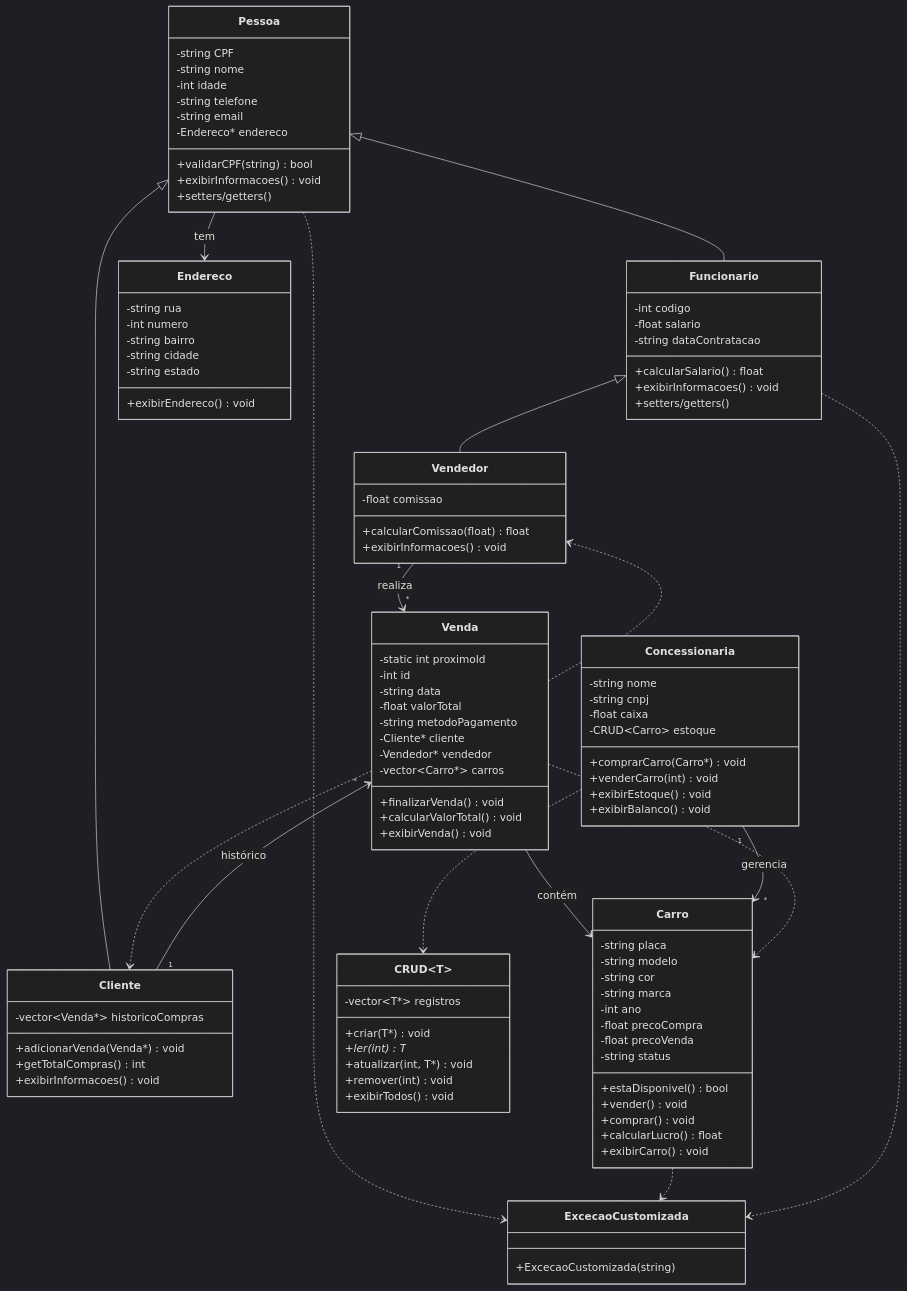
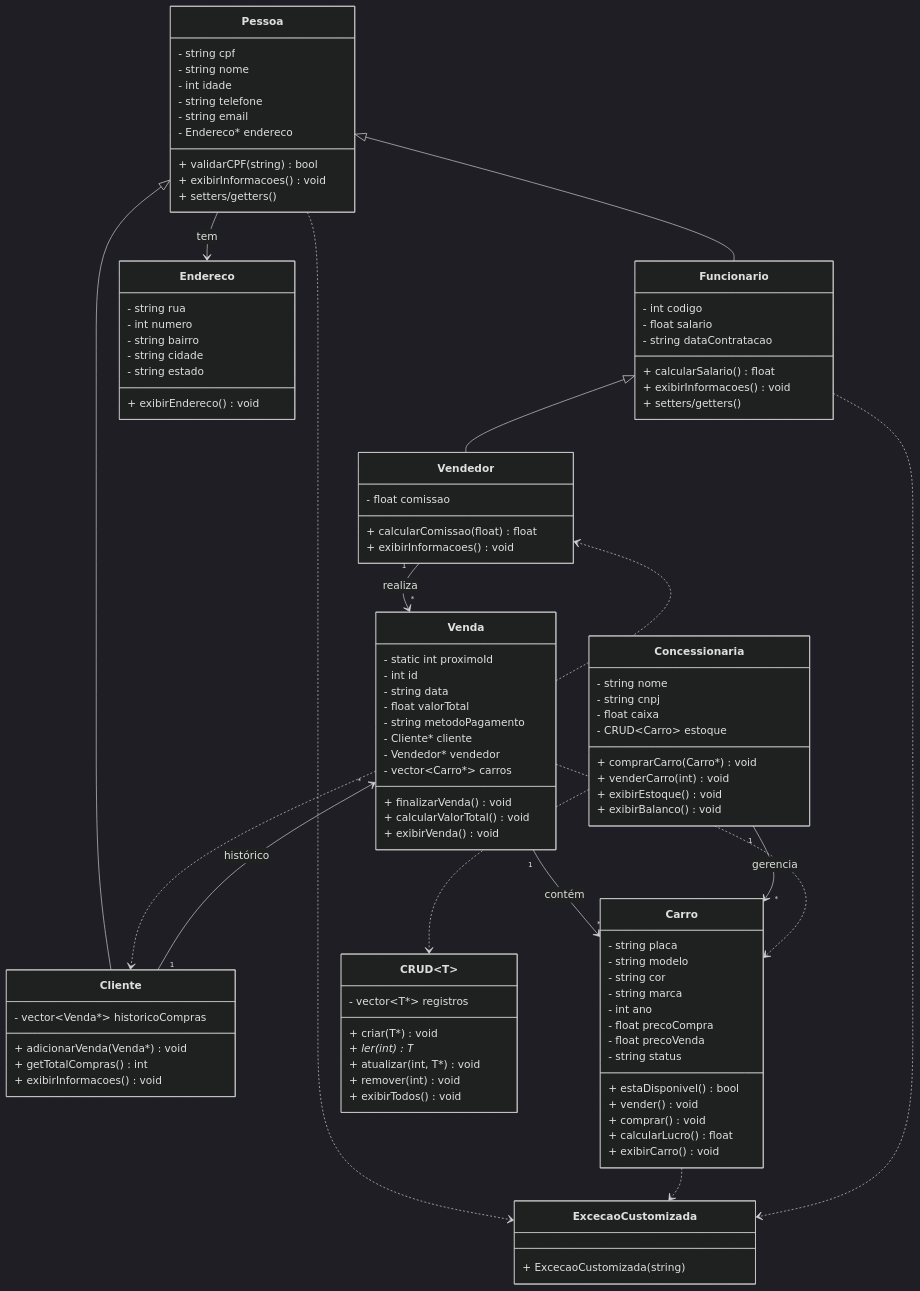
The diagram in suports/UML.md (alvaro-henrique/loja-de-carros), drawn with Mermaid (dark theme) before and after one commit.

```diff
--- a/suports/UML.md
+++ b/suports/UML.md
@@ -2,100 +2,100 @@
 classDiagram
 direction TB
     class Pessoa {
-	    -string CPF
-	    -string nome
-	    -int idade
-	    -string telefone
-	    -string email
-	    -Endereco* endereco
-	    +validarCPF(string) bool
-	    +exibirInformacoes() void
-	    +setters/getters()
+        - string cpf
+        - string nome
+        - int idade
+        - string telefone
+        - string email
+        - Endereco* endereco
+        + validarCPF(string) bool
+        + exibirInformacoes() void
+        + setters/getters()
     }
 
     class Funcionario {
-	    -int codigo
-	    -float salario
-	    -string dataContratacao
-	    +calcularSalario() float
-	    +exibirInformacoes() void
-	    +setters/getters()
+        - int codigo
+        - float salario
+        - string dataContratacao
+        + calcularSalario() float
+        + exibirInformacoes() void
+        + setters/getters()
     }
 
     class Cliente {
-	    -vector~Venda*~ historicoCompras
-	    +adicionarVenda(Venda*) void
-	    +getTotalCompras() int
-	    +exibirInformacoes() void
+        - vector~Venda*~ historicoCompras
+        + adicionarVenda(Venda*) void
+        + getTotalCompras() int
+        + exibirInformacoes() void
     }
 
     class Vendedor {
-	    -float comissao
-	    +calcularComissao(float) float
-	    +exibirInformacoes() void
+        - float comissao
+        + calcularComissao(float) float
+        + exibirInformacoes() void
     }
 
     class Venda {
-	    -static int proximoId
-	    -int id
-	    -string data
-	    -float valorTotal
-	    -string metodoPagamento
-	    -Cliente* cliente
-	    -Vendedor* vendedor
-	    -vector~Carro*~ carros
-	    +finalizarVenda() void
-	    +calcularValorTotal() void
-	    +exibirVenda() void
+        - static int proximoId
+        - int id
+        - string data
+        - float valorTotal
+        - string metodoPagamento
+        - Cliente* cliente
+        - Vendedor* vendedor
+        - vector~Carro*~ carros
+        + finalizarVenda() void
+        + calcularValorTotal() void
+        + exibirVenda() void
     }
 
     class Carro {
-	    -string placa
-	    -string modelo
-	    -string cor
-	    -string marca
-	    -int ano
-	    -float precoCompra
-	    -float precoVenda
-	    -string status
-	    +estaDisponivel() bool
-	    +vender() void
-	    +comprar() void
-	    +calcularLucro() float
-	    +exibirCarro() void
+        - string placa
+        - string modelo
+        - string cor
+        - string marca
+        - int ano
+        - float precoCompra
+        - float precoVenda
+        - string status
+        + estaDisponivel() bool
+        + vender() void
+        + comprar() void
+        + calcularLucro() float
+        + exibirCarro() void
     }
 
     class Concessionaria {
-	    -string nome
-	    -string cnpj
-	    -float caixa
-	    -CRUD~Carro~ estoque
-	    +comprarCarro(Carro*) void
-	    +venderCarro(int) void
-	    +exibirEstoque() void
-	    +exibirBalanco() void
+        - string nome
+        - string cnpj
+        - float caixa
+        - CRUD~Carro~ estoque
+        + comprarCarro(Carro*) void
+        + venderCarro(int) void
+        + exibirEstoque() void
+        + exibirBalanco() void
     }
 
     class Endereco {
-	    -string rua
-	    -int numero
-	    -string bairro
-	    -string cidade
-	    -string estado
-	    +exibirEndereco() void
+        - string rua
+        - int numero
+        - string bairro
+        - string cidade
+        - string estado
+        + exibirEndereco() void
     }
 
     class CRUD~T~ {
-	    -vector~T*~ registros
-	    +criar(T*) void
-	    +ler(int) T*
-	    +atualizar(int, T*) void
-	    +remover(int) void
-	    +exibirTodos() void
+        - vector~T*~ registros
+        + criar(T*) void
+        + ler(int) T*
+        + atualizar(int, T*) void
+        + remover(int) void
+        + exibirTodos() void
     }
 
     class ExcecaoCustomizada {
-	    +ExcecaoCustomizada(string)
+        + ExcecaoCustomizada(string)
     }
 
     Pessoa <|-- Funcionario
@@ -103,7 +103,7 @@
     Funcionario <|-- Vendedor
     Cliente "1" --> "*" Venda : histórico
     Vendedor "1" --> "*" Venda : realiza
-    Venda "" --> "" Carro : contém
+    Venda "1" --> "*" Carro : contém
     Concessionaria "1" --> "*" Carro : gerencia
     Pessoa --> Endereco : tem
     Concessionaria ..> CRUD
```
